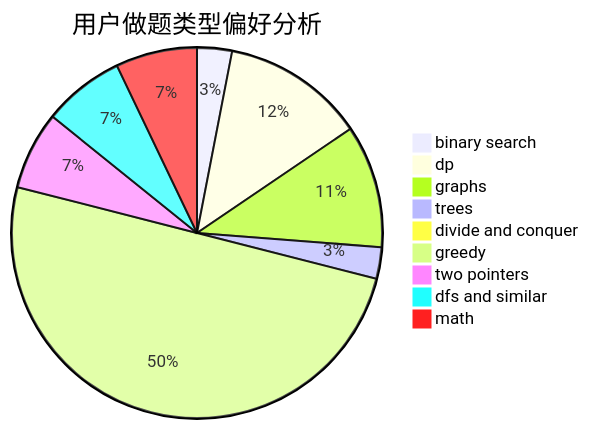
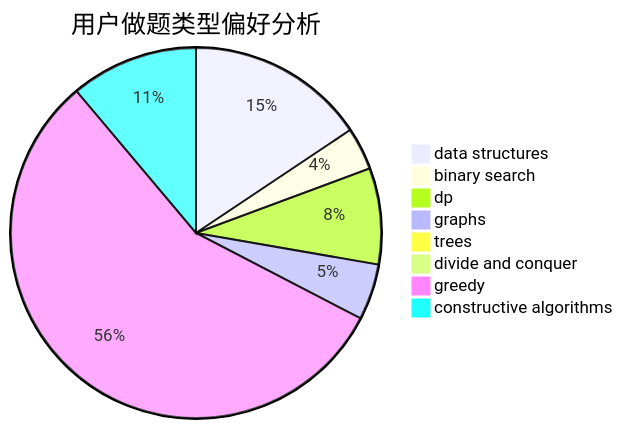
One commit to sherpahu/cfrs.github.io changed the second of 3 diagrams in docs/user/u2397.md. Above: the diagram before and after it, drawn with Mermaid. The commit also changed other lines of this file and 2775 other files, not shown here.

````diff
--- a/docs/user/u2397.md
+++ b/docs/user/u2397.md
@@ -23,12 +23,11 @@
 ```mermaid
 pie title 用户做题类型偏好分析
-    "binary search" :  21
-    "dp" :  86
-    "graphs" :  74
-    "trees" :  19
+    "data structures" :  80
+    "binary search" :  19
+    "dp" :  43
+    "graphs" :  25
+    "trees" :  4
     "divide and conquer" :  1
-    "greedy" :  345
-    "two pointers" :  47
-    "dfs and similar" :  49
-    "math" :  49
+    "greedy" :  288
+    "constructive algorithms" :  57
 ```
````
